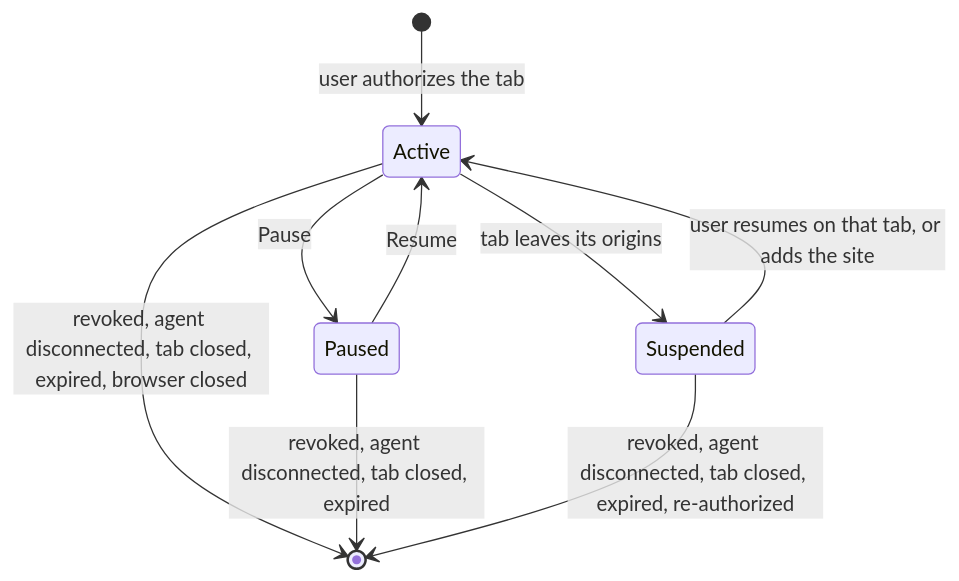
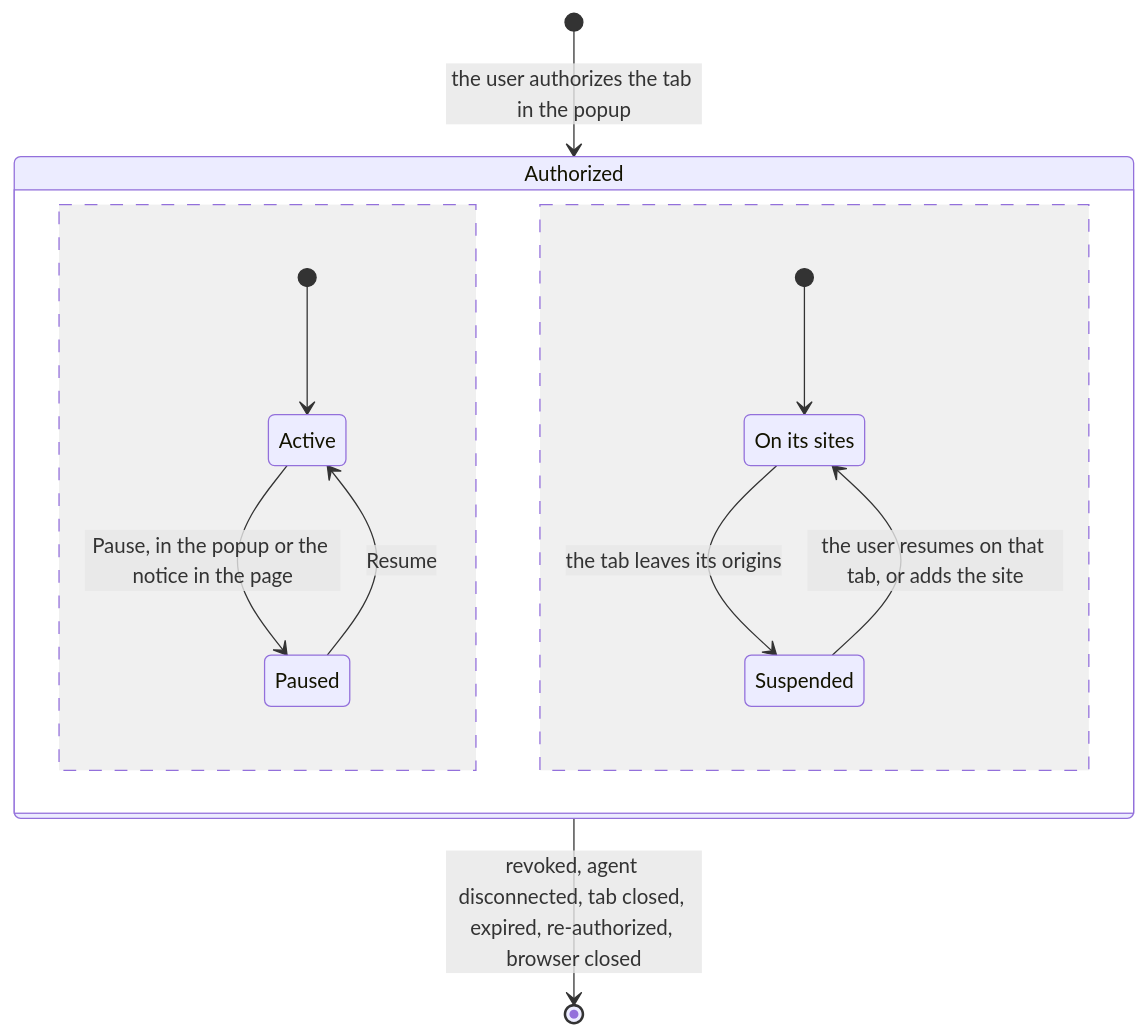
One commit to LaughingManCommits/TabGoblin changed the eighth of 8 diagrams in docs/architecture.md. Above: the diagram before and after it, drawn with Mermaid. The commit also changed other lines of this file and 13 other files, not shown here.

First line of the commit message:
The diagrams aligned with the code

````diff
--- a/docs/architecture.md
+++ b/docs/architecture.md
@@ -411,11 +486,15 @@
 ```mermaid
 stateDiagram-v2
-  [*] --> Active: user authorizes the tab
-  Active --> Paused: Pause
-  Paused --> Active: Resume
-  Active --> Suspended: tab leaves its origins
-  Suspended --> Active: user resumes on that tab, or adds the site
-  Active --> [*]: revoked, agent disconnected, tab closed, expired, browser closed
-  Paused --> [*]: revoked, agent disconnected, tab closed, expired
-  Suspended --> [*]: revoked, agent disconnected, tab closed, expired, re-authorized
+  [*] --> Authorized: the user authorizes the tab in the popup
+  state Authorized {
+    [*] --> Active
+    Active --> Paused: Pause, in the popup or the notice in the page
+    Paused --> Active: Resume
+    --
+    state "On its sites" as OnItsSites
+    [*] --> OnItsSites
+    OnItsSites --> Suspended: the tab leaves its origins
+    Suspended --> OnItsSites: the user resumes on that tab, or adds the site
+  }
+  Authorized --> [*]: revoked, agent disconnected, tab closed, expired, re-authorized, browser closed
 ```
````
